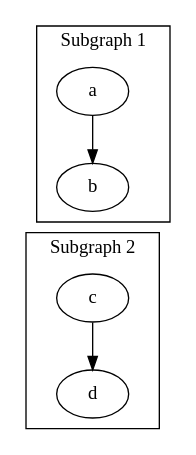
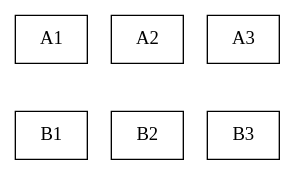
One commit to zzphuawei/zzp_test1 changed the first of 5 diagrams in file3.md. Above: the diagram before and after it, drawn with Graphviz. The commit also changed other lines of this file, not shown here.

````diff
--- a/file3.md
+++ b/file3.md
@@ -4,31 +9,33 @@
 ```dot
 digraph G {
-    // 全局设置
-    rankdir=TB; // 默认就是 TB (Top to Bottom)，显式声明更清晰
-    compound=true; // 允许簇间连接
-
-    // 子图1
-    subgraph cluster1 {
+    // 全局垂直排列（默认TB）
+    rankdir=TB;
+    node [shape=box];
+    
+    // ========== 子图1 ==========
+    {
+        rank=same; // 强制子图内水平排列
+        A1 -> A2 -> A3 [style=invis]; // 水平不可见连接
+    }
+    
+    // ========== 子图2 ==========
+    {
+        rank=same; // 强制子图内水平排列
+        B1 -> B2 -> B3 [style=invis]; // 水平不可见连接
+    }
+    
+    // ========== 子图间垂直连接 ==========
+    edge [style=invis];
+    A1 -> B1; // 垂直不可见连接（控制排列顺序）
+    
+    // 可选：添加子图边框
+    subgraph cluster_1 {
         label="Subgraph 1";
-        a -> b;
-        // 定义边界节点（用于连接）
-        b [group=end1]; // 标记子图1的底部节点
+        A1; A2; A3;
     }
-
-    // 子图2
-    subgraph cluster2 {
+    subgraph cluster_2 {
         label="Subgraph 2";
-        c -> d;
-        // 定义边界节点
-        c [group=start2]; // 标记子图2的顶部节点
+        B1; B2; B3;
     }
-
-    // 强制垂直排列：用不可见边连接相邻子图
-    b -> c [
-        style=invis,  // 边不可见
-        weight=100,   // 高权重确保强制排序
-        ltail="cluster1", // 边从子图1尾部引出
-        lhead="cluster2"  // 边指向子图2头部
-    ];
 }
 ```
````
